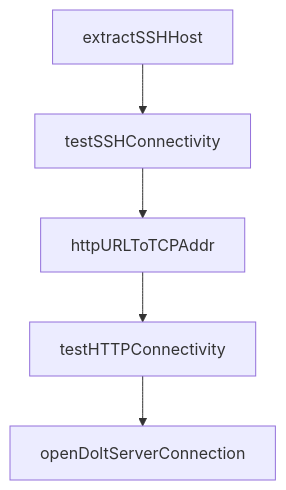
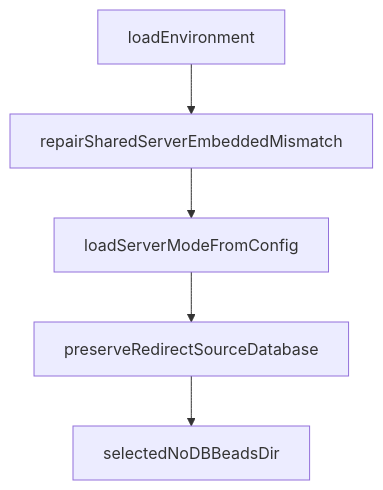
The diagram in tutorials/beads-tutorial/03-core-workflow-commands.md (johnxie/awesome-code-docs), drawn with Mermaid before and after one commit. The commit also changed other lines of this file and 1232 other files, not shown here.

````diff
--- a/tutorials/beads-tutorial/03-core-workflow-commands.md
+++ b/tutorials/beads-tutorial/03-core-workflow-commands.md
@@ -211,12 +209,12 @@
 ```mermaid
 flowchart TD
-    A[extractSSHHost]
-    B[testSSHConnectivity]
-    C[httpURLToTCPAddr]
-    D[testHTTPConnectivity]
-    E[openDoltServerConnection]
+    A[loadEnvironment]
+    B[repairSharedServerEmbeddedMismatch]
+    C[loadServerModeFromConfig]
+    D[preserveRedirectSourceDatabase]
+    E[selectedNoDBBeadsDir]
     A --> B
     B --> C
     C --> D
     D --> E
 ```
````
